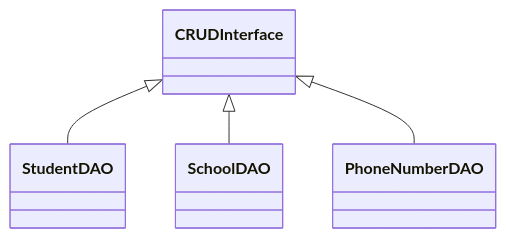
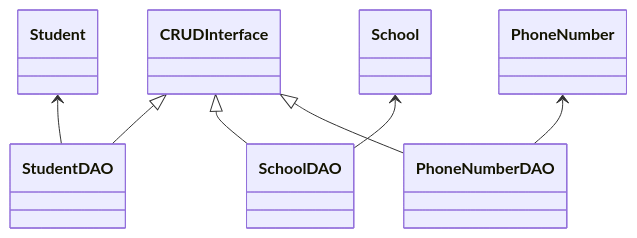
Before and after one commit to ellinorekmark/db2022: the second of 2 diagrams in README.md, drawn with Mermaid.

````diff
--- a/README.md
+++ b/README.md
@@ -78,11 +78,14 @@
 ```mermaid
 classDiagram
 
 CRUDInterface <|-- StudentDAO
 CRUDInterface <|-- SchoolDAO
 CRUDInterface <|-- PhoneNumberDAO
+Student <-- StudentDAO
+School <-- SchoolDAO
+PhoneNumber <-- PhoneNumberDAO
 
 
 
 
 ```
````
